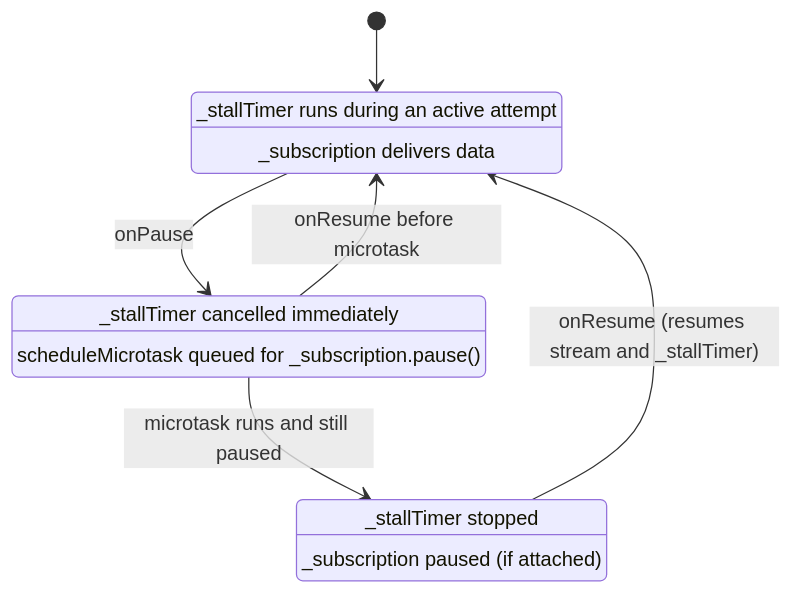
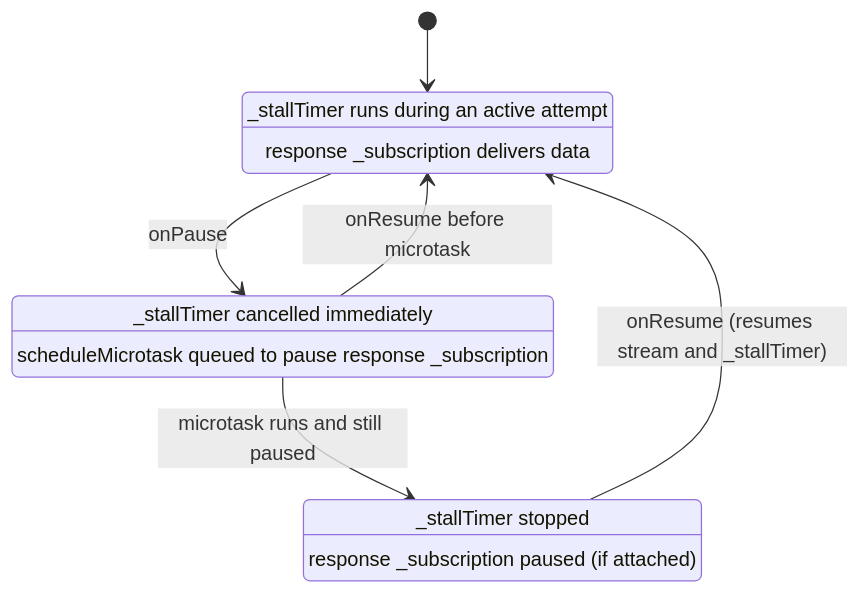
The second of 2 diagrams in generated/google_cloud_rpc/STATE_MACHINE.md (googleapis/google-cloud-dart), drawn with Mermaid before and after one commit. The commit also changed other lines of this file, not shown here.

Commit message:
docs(rpc): clarify response _subscription in state-machine diagrams

````diff
--- a/generated/google_cloud_rpc/STATE_MACHINE.md
+++ b/generated/google_cloud_rpc/STATE_MACHINE.md
@@ -100,17 +102,17 @@
 ```mermaid
 stateDiagram-v2
     Running : _stallTimer runs during an active attempt
-    Running : _subscription delivers data
+    Running : response _subscription delivers data
 
     PausePending : _stallTimer cancelled immediately
-    PausePending : scheduleMicrotask queued for _subscription.pause()
+    PausePending : scheduleMicrotask queued to pause response _subscription
 
     UpstreamPaused : _stallTimer stopped
-    UpstreamPaused : _subscription paused (if attached)
+    UpstreamPaused : response _subscription paused (if attached)
 
     [*] --> Running
     Running --> PausePending : onPause
     PausePending --> UpstreamPaused : microtask runs and still paused
     PausePending --> Running : onResume before microtask
     UpstreamPaused --> Running : onResume (resumes stream and _stallTimer)
 ```
````
